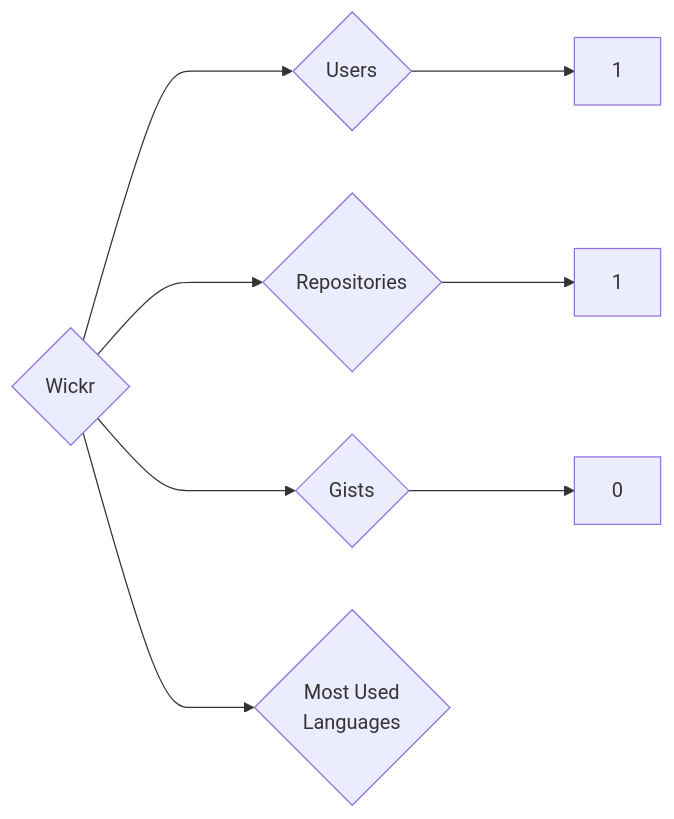
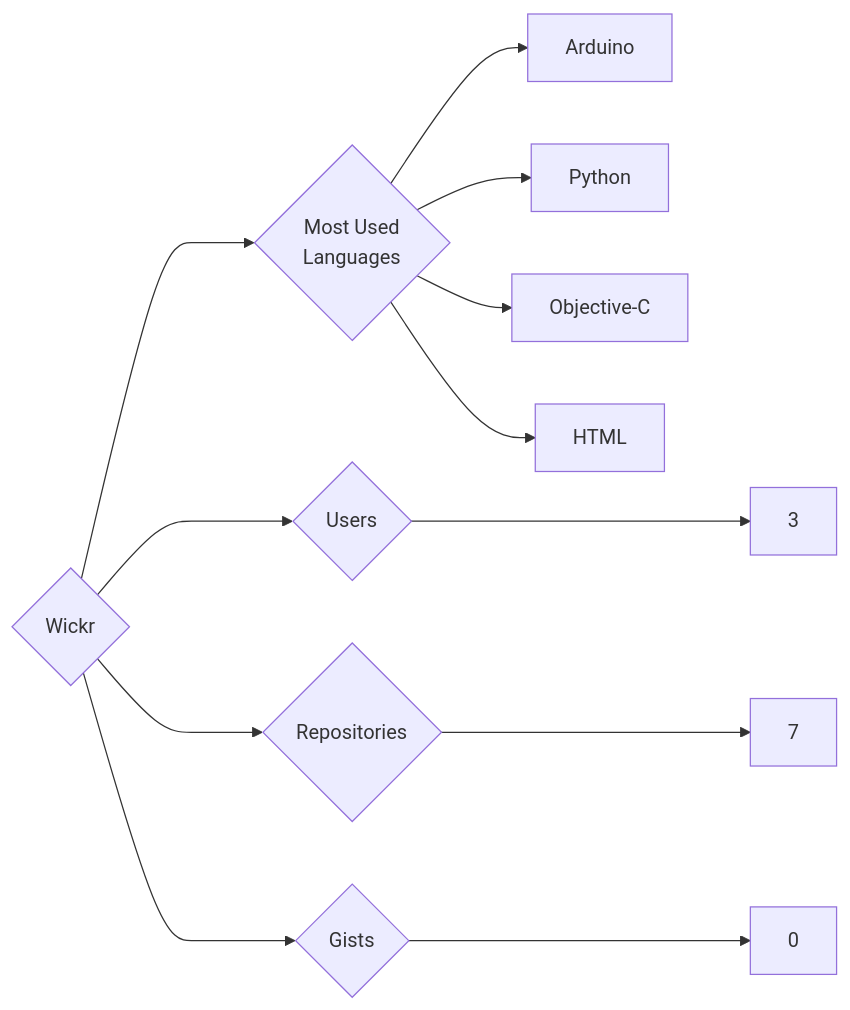
The diagram in targets/Wickr/README.md (trickest/insiders), drawn with Mermaid before and after one commit. The commit also changed 582 other files, not shown here.

````diff
--- a/targets/Wickr/README.md
+++ b/targets/Wickr/README.md
@@ -3,8 +3,12 @@
 ```mermaid
 graph LR
 COMPANY_NAME{Wickr}
-COMPANY_NAME ---> U{Users} ---> UN[1]
-COMPANY_NAME ---> R{Repositories} ---> RN[1]
+COMPANY_NAME ---> U{Users} ---> UN[3]
+COMPANY_NAME ---> R{Repositories} ---> RN[7]
 COMPANY_NAME ---> G{Gists} ---> GN[0]
 COMPANY_NAME ---> ML{Most Used<br>Languages}
+ML --> Arduino[Arduino]
+ML --> Python[Python]
+ML --> Objective-C[Objective-C]
+ML --> HTML[HTML]
 ```
````
